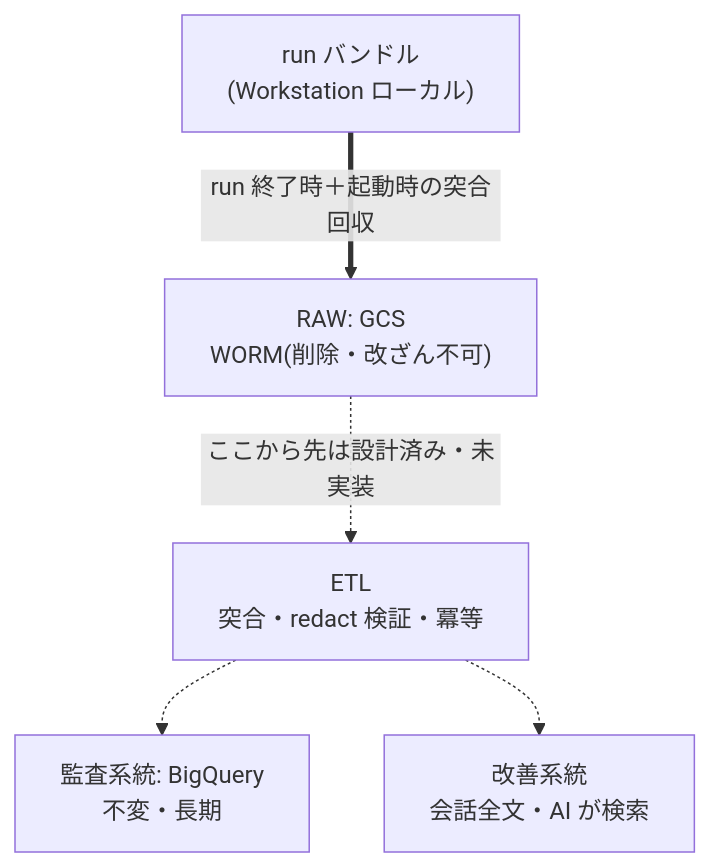
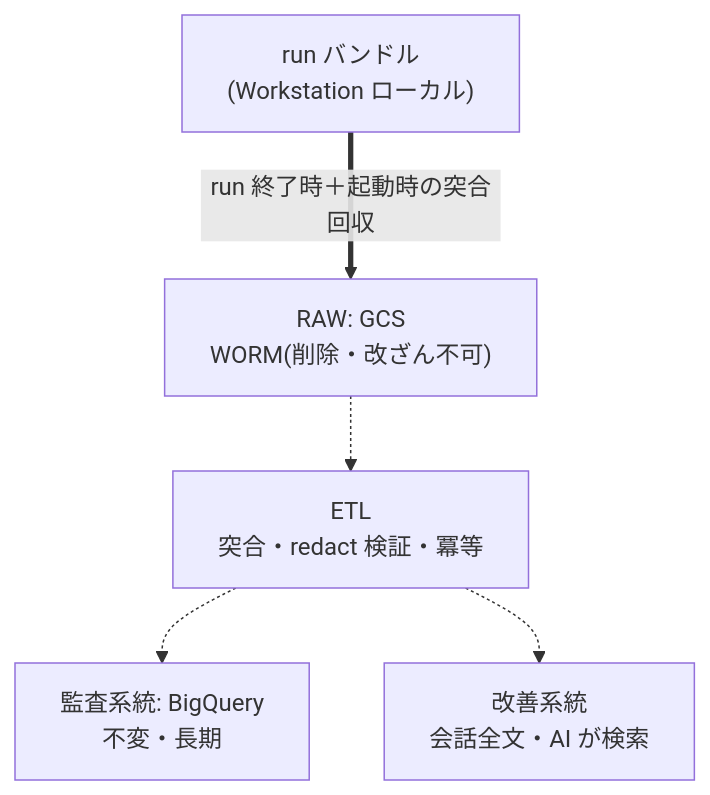
The diagram in articles/20260805-c83bfb8e18e6b2.md (t-mizumoto1203/zenn-tech-blog), drawn with Mermaid before and after one commit. The commit also changed other lines of this file, not shown here.

````diff
--- a/articles/20260805-c83bfb8e18e6b2.md
+++ b/articles/20260805-c83bfb8e18e6b2.md
@@ -137,12 +137,12 @@
 ```mermaid
 flowchart TD
     WS["run バンドル<br>(Workstation ローカル)"]
     RAW["RAW: GCS<br>WORM(削除・改ざん不可)"]
     ETL["ETL<br>突合・redact 検証・冪等"]
     BQ["監査系統: BigQuery<br>不変・長期"]
     IMP["改善系統<br>会話全文・AI が検索"]
     WS ==>|"run 終了時＋起動時の突合回収"| RAW
-    RAW -.->|"ここから先は設計済み・未実装"| ETL
+    RAW -.-> ETL
     ETL -.-> BQ
     ETL -.-> IMP
 ```
````
